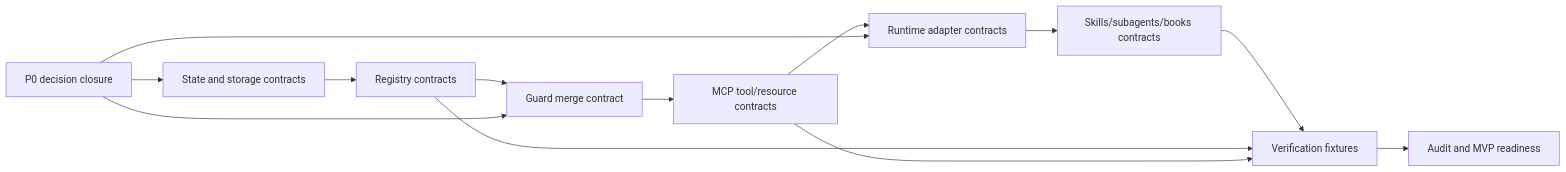
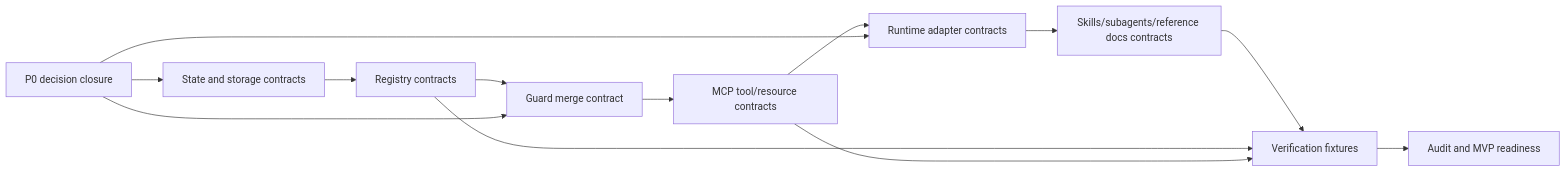
One commit to momomuchu/hima changed the diagram in docs/propositions/pipeline-fractal-v4-final-proposal/cycle-02/02-planning-implementation-roadmap.md. Above: the diagram before and after it, drawn with Mermaid. The commit also changed other lines of this file and 162 other files, not shown here.

````diff
--- a/docs/propositions/pipeline-fractal-v4-final-proposal/cycle-02/02-planning-implementation-roadmap.md
+++ b/docs/propositions/pipeline-fractal-v4-final-proposal/cycle-02/02-planning-implementation-roadmap.md
@@ -57,16 +57,16 @@
 ```mermaid
 graph LR
   P0[P0 decision closure] --> S1[State and storage contracts]
   S1 --> S2[Registry contracts]
   S2 --> S3[Guard merge contract]
   S3 --> S4[MCP tool/resource contracts]
   S4 --> S5[Runtime adapter contracts]
-  S5 --> S6[Skills/subagents/books contracts]
+  S5 --> S6[Skills/subagents/reference docs contracts]
   S6 --> S7[Verification fixtures]
   S7 --> S8[Audit and MVP readiness]
 
   P0 --> S3
   P0 --> S5
   S2 --> S7
   S4 --> S7
 ```
````
